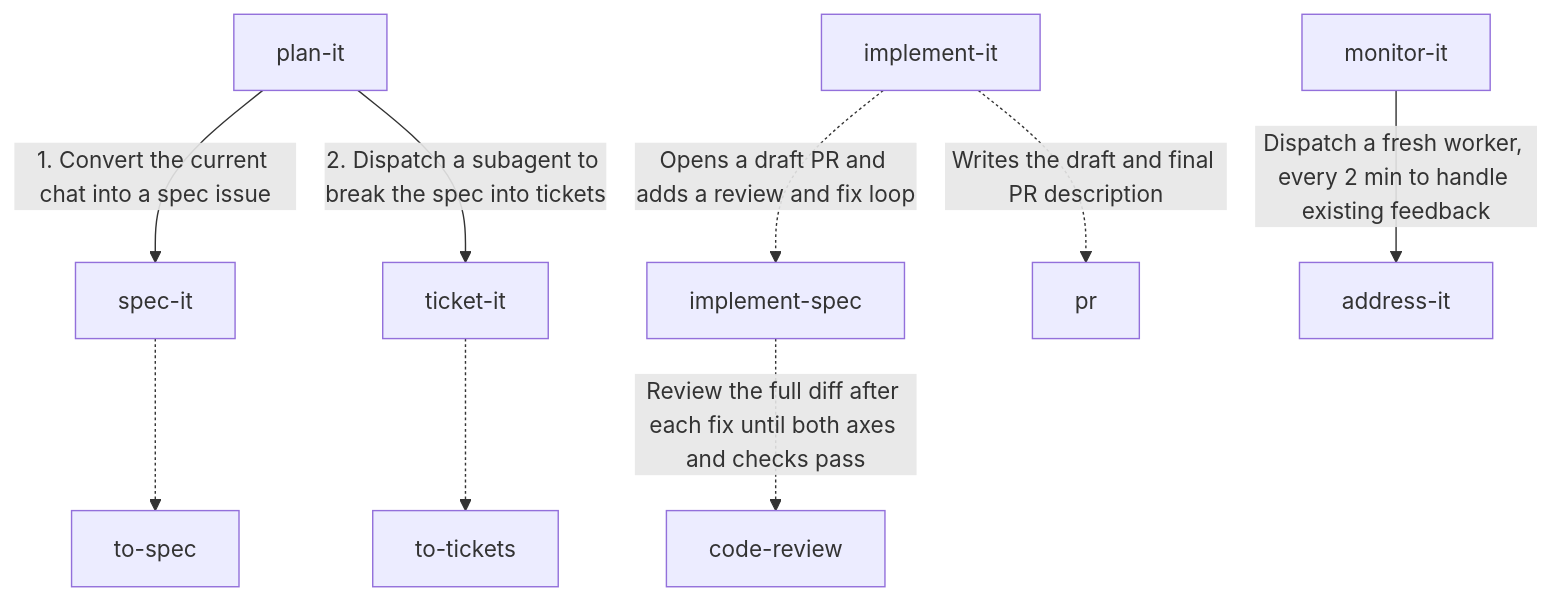
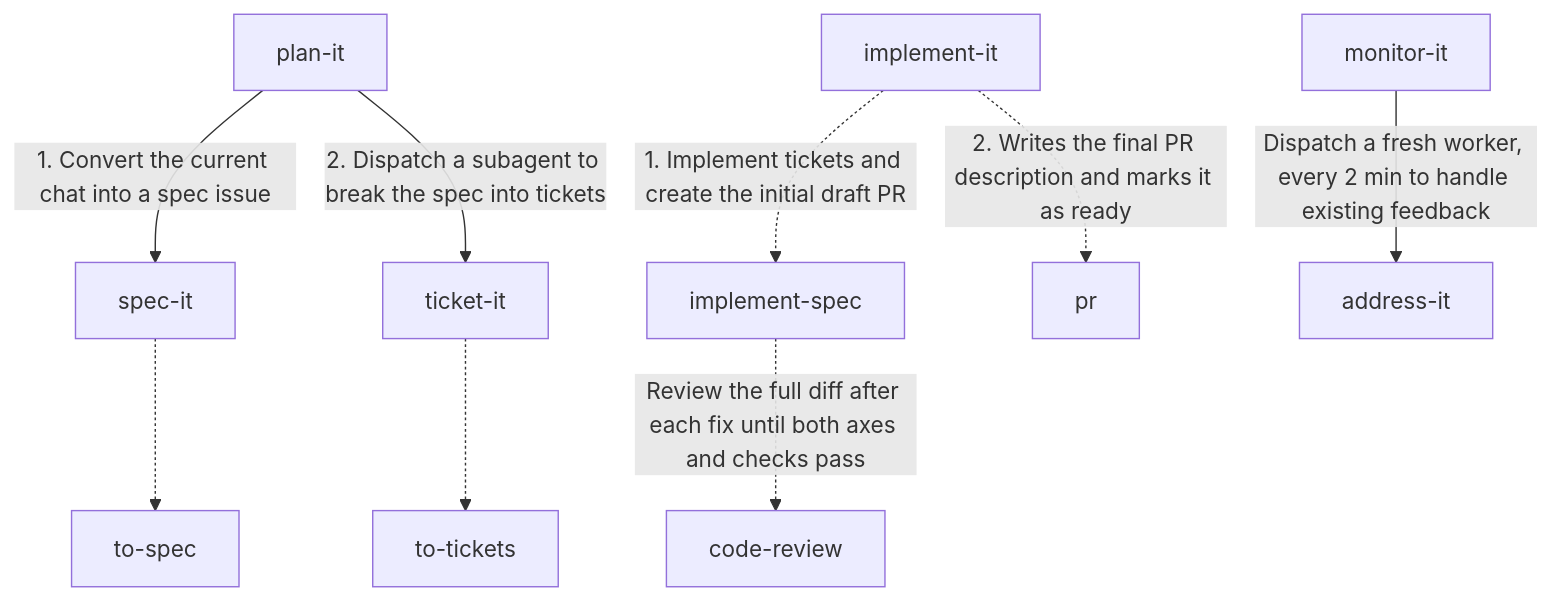
One commit to goncalvesjoao/ship-it changed the diagram in README.md. Above: the diagram before and after it, drawn with Mermaid. The commit also changed other lines of this file and 2 other files, not shown here.

Commit message:
updated final pr worflow

````diff
--- a/README.md
+++ b/README.md
@@ -95,12 +95,12 @@
 ```mermaid
 flowchart TD
     planIt["plan-it"] -->|1. Convert the current chat into a spec issue| specIt
     planIt -->|2. Dispatch a subagent to break the spec into tickets| ticketIt
     specIt["spec-it"] -.-> toSpec["to-spec"]
     ticketIt["ticket-it"] -.-> toTickets["to-tickets"]
 
-    implementation["implement-it"] -.->|Opens a draft PR and adds a review and fix loop| implementSpec["implement-spec"]
+    implementation["implement-it"] -.->|1. Implement tickets and create the initial draft PR| implementSpec["implement-spec"]
     implementSpec -.->|Review the full diff after each fix until both axes and checks pass| codeReview["code-review"]
-    implementation -.->|Writes the draft and final PR description| pr["pr"]
+    implementation -.->|2. Writes the final PR description and marks it as ready| pr["pr"]
     monitor["monitor-it"] -->|Dispatch a fresh worker, every 2 min to handle existing feedback| address["address-it"]
 ```
````
